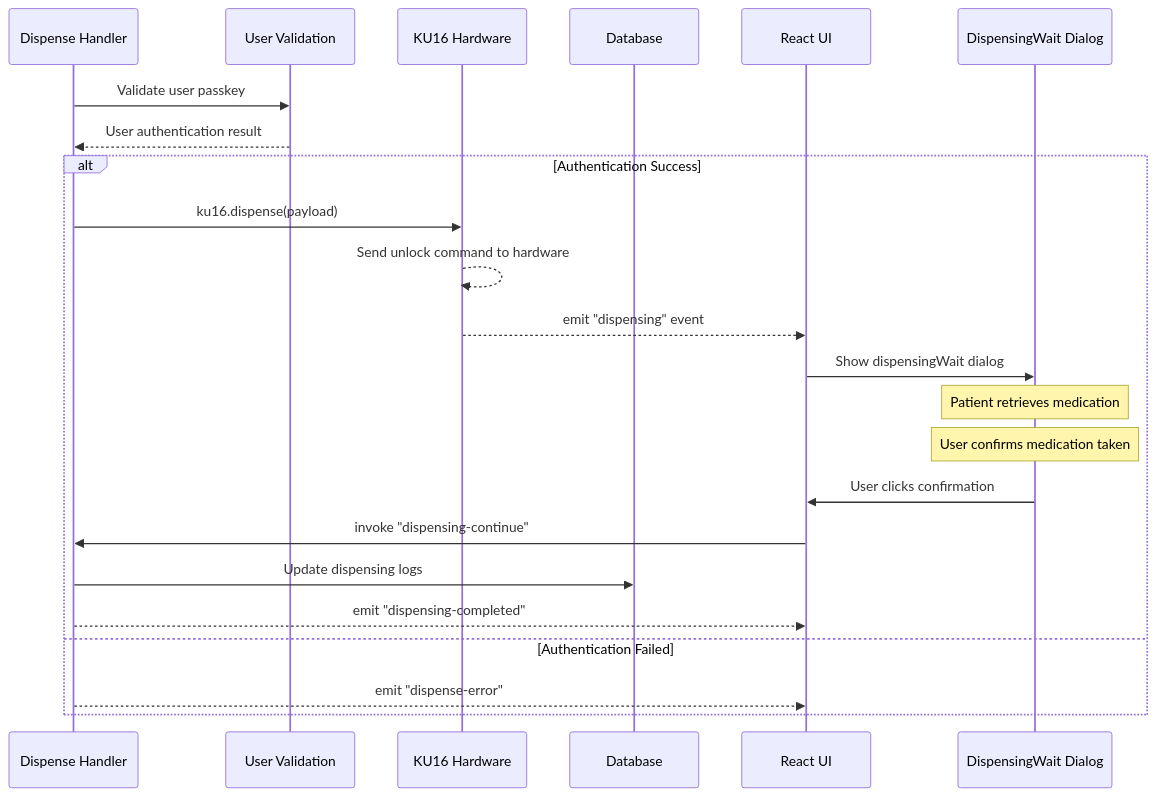
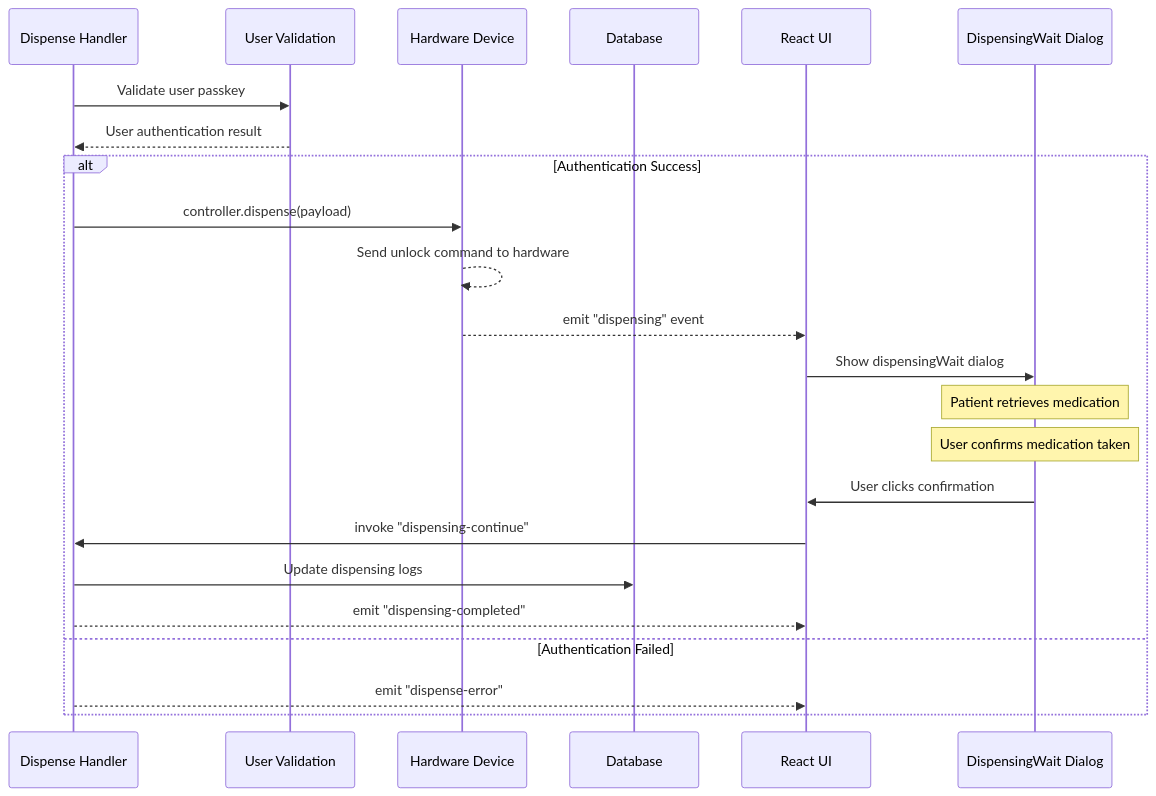
Before and after one commit to mojisejr/smc-app: the sixth of 11 diagrams in docs/system-architecture/05-data-flow-patterns.md, drawn with Mermaid. The commit also changed other lines of this file and 16 other files, not shown here.

````diff
--- a/docs/system-architecture/05-data-flow-patterns.md
+++ b/docs/system-architecture/05-data-flow-patterns.md
@@ -242,29 +242,29 @@
 ```mermaid
 sequenceDiagram
     participant IPC as Dispense Handler
     participant Auth as User Validation
-    participant HW as KU16 Hardware
+    participant HW as Hardware Device
     participant DB as Database
     participant UI as React UI
     participant Modal as DispensingWait Dialog
 
     IPC->>Auth: Validate user passkey
     Auth-->>IPC: User authentication result
     
     alt Authentication Success
-        IPC->>HW: ku16.dispense(payload)
+        IPC->>HW: controller.dispense(payload)
         HW-->>HW: Send unlock command to hardware
         HW-->>UI: emit "dispensing" event
         UI->>Modal: Show dispensingWait dialog
         
         Note over Modal: Patient retrieves medication
         Note over Modal: User confirms medication taken
         
         Modal->>UI: User clicks confirmation
         UI->>IPC: invoke "dispensing-continue"
         IPC->>DB: Update dispensing logs
         IPC-->>UI: emit "dispensing-completed"
     else Authentication Failed
         IPC-->>UI: emit "dispense-error"
     end
 ```
````
